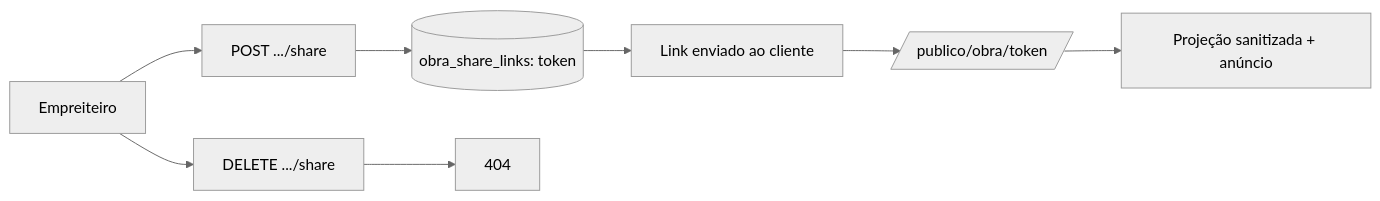
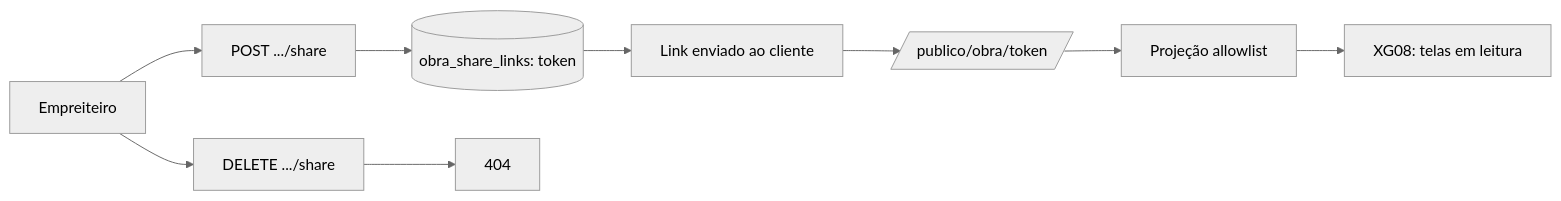
One commit to dinamicaengenhariamkt/xconstrucao-replit changed the diagram in docs/jornadas-xgestao/04-link-publico-obra.md. Above: the diagram before and after it, drawn with Mermaid (neutral theme). The commit also changed other lines of this file and 12 other files, not shown here.

````diff
--- a/docs/jornadas-xgestao/04-link-publico-obra.md
+++ b/docs/jornadas-xgestao/04-link-publico-obra.md
@@ -21,9 +25,9 @@
 ```mermaid
 flowchart LR
   A[Empreiteiro] --> B[POST .../share]
   B --> C[(obra_share_links: token)]
   C --> D[Link enviado ao cliente]
   D --> E[/publico/obra/token/]
-  E --> F[Projeção sanitizada + anúncio]
-  A --> G[DELETE .../share] --> H[404]
+  E --> F[Projeção allowlist] --> G[XG08: telas em leitura]
+  A --> H[DELETE .../share] --> I[404]
 ```
````
